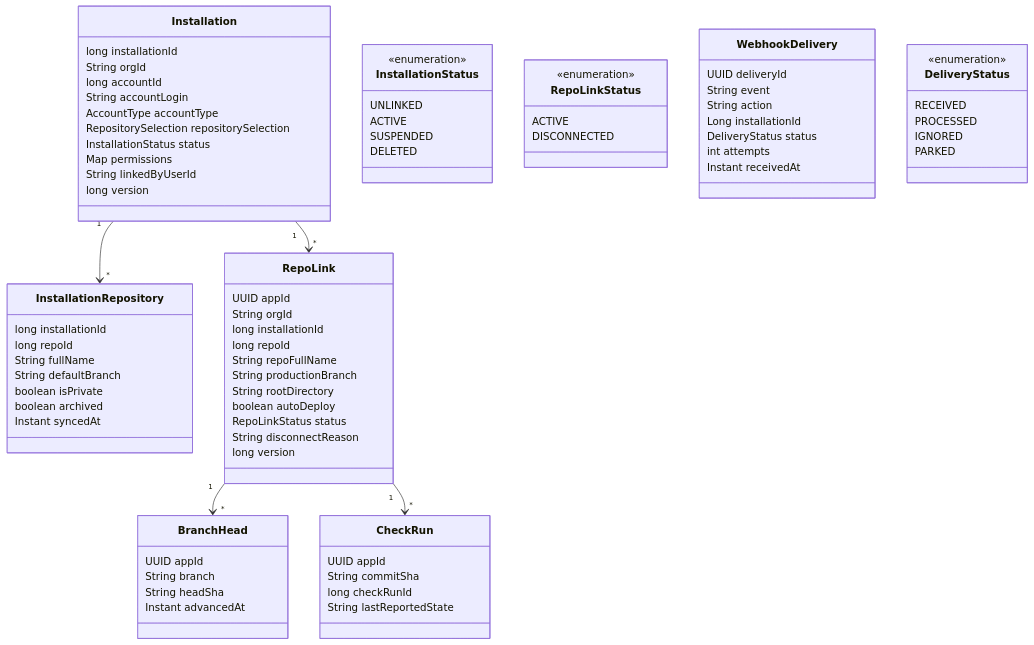
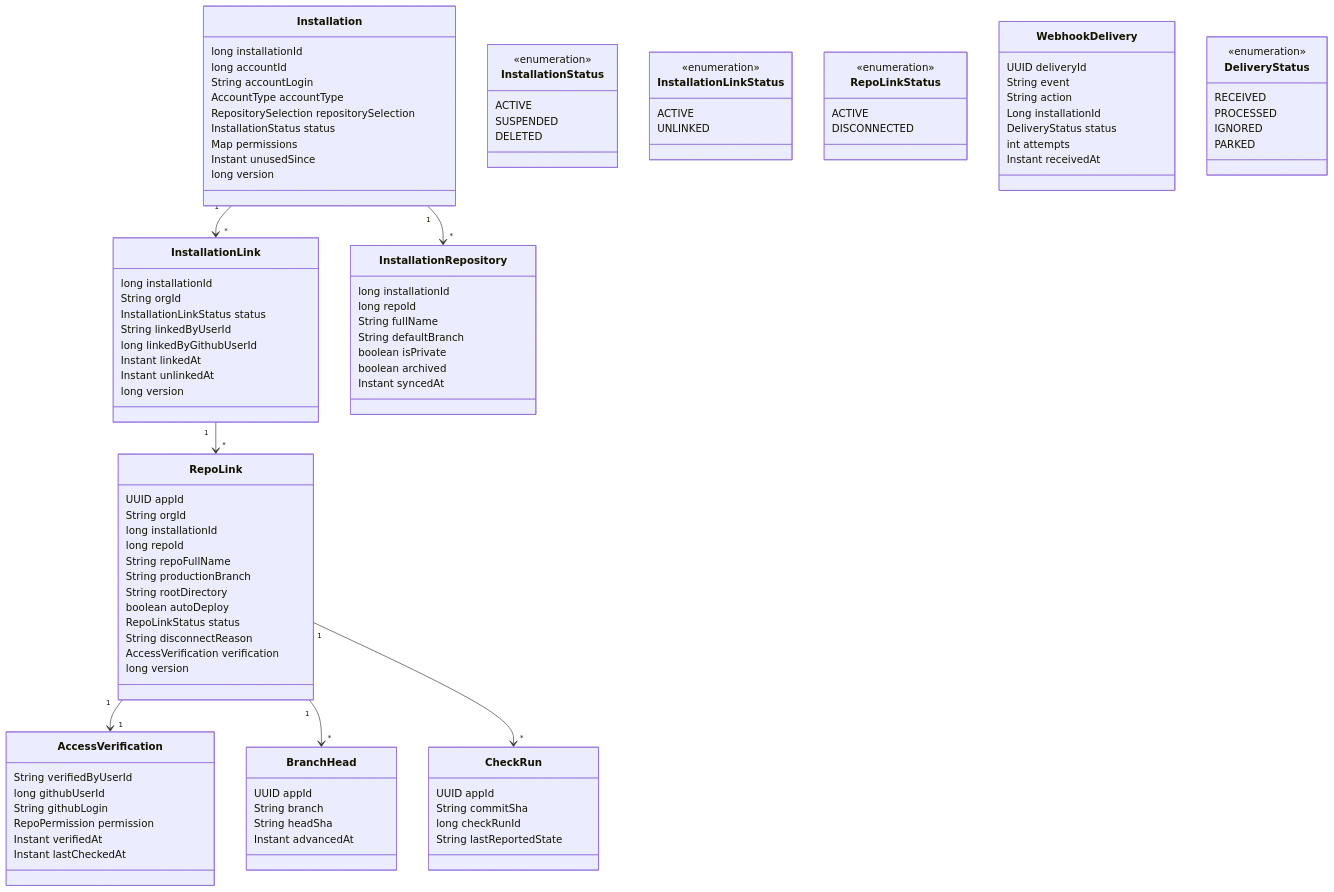
The second of 8 diagrams in docs/git-integration-service/ARCHITECTURE.md (Wamitinewton/Pallet.io), drawn with Mermaid before and after one commit. The commit also changed other lines of this file and 316 other files, not shown here.

````diff
--- a/docs/git-integration-service/ARCHITECTURE.md
+++ b/docs/git-integration-service/ARCHITECTURE.md
@@ -216,22 +231,35 @@
 classDiagram
     class Installation {
         long installationId
-        String orgId
         long accountId
         String accountLogin
         AccountType accountType
         RepositorySelection repositorySelection
         InstallationStatus status
         Map permissions
-        String linkedByUserId
+        Instant unusedSince
         long version
     }
     class InstallationStatus {
         <<enumeration>>
-        UNLINKED
         ACTIVE
         SUSPENDED
         DELETED
+    }
+    class InstallationLink {
+        long installationId
+        String orgId
+        InstallationLinkStatus status
+        String linkedByUserId
+        long linkedByGithubUserId
+        Instant linkedAt
+        Instant unlinkedAt
+        long version
+    }
+    class InstallationLinkStatus {
+        <<enumeration>>
+        ACTIVE
+        UNLINKED
     }
     class InstallationRepository {
         long installationId
@@ -253,7 +281,16 @@
         boolean autoDeploy
         RepoLinkStatus status
         String disconnectReason
+        AccessVerification verification
         long version
+    }
+    class AccessVerification {
+        String verifiedByUserId
+        long githubUserId
+        String githubLogin
+        RepoPermission permission
+        Instant verifiedAt
+        Instant lastCheckedAt
     }
     class RepoLinkStatus {
         <<enumeration>>
@@ -289,8 +326,10 @@
         String lastReportedState
     }
 
+    Installation "1" --> "*" InstallationLink
     Installation "1" --> "*" InstallationRepository
-    Installation "1" --> "*" RepoLink
+    InstallationLink "1" --> "*" RepoLink
+    RepoLink "1" --> "1" AccessVerification
     RepoLink "1" --> "*" BranchHead
     RepoLink "1" --> "*" CheckRun
 ```
````
